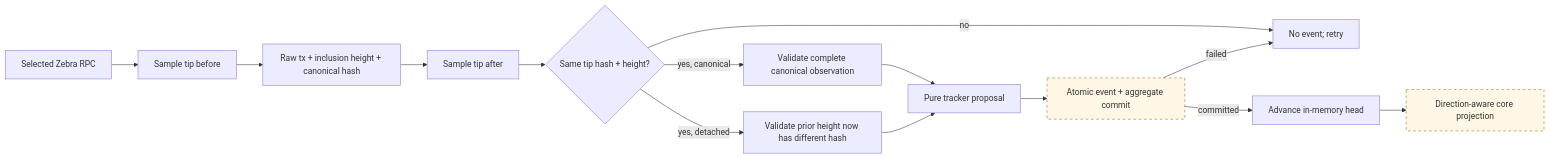
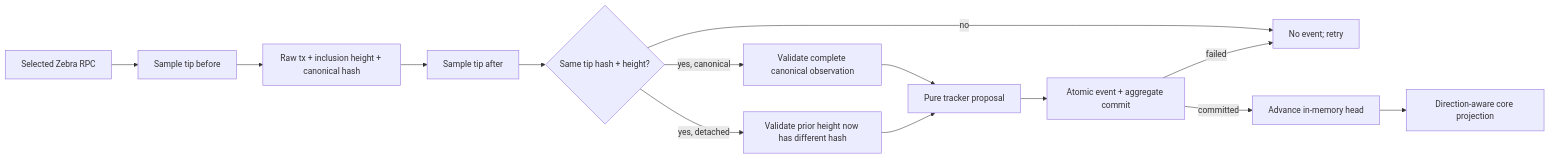
One commit to gateway-fm/lez-atomic-swaps changed the first of 2 diagrams in docs/architecture/0015-durable-zcash-observation-reconciliation.md. Above: the diagram before and after it, drawn with Mermaid. The commit also changed other lines of this file and 12 other files, not shown here.

````diff
--- a/docs/architecture/0015-durable-zcash-observation-reconciliation.md
+++ b/docs/architecture/0015-durable-zcash-observation-reconciliation.md
@@ -47,19 +49,17 @@
 ```mermaid
 flowchart LR
     Zebra["Selected Zebra RPC"] --> Before["Sample tip before"]
     Before --> Queries["Raw tx + inclusion height + canonical hash"]
     Queries --> After["Sample tip after"]
     After --> Stable{"Same tip hash + height?"}
     Stable -->|"no"| Retry["No event; retry"]
     Stable -->|"yes, canonical"| Positive["Validate complete canonical observation"]
     Stable -->|"yes, detached"| Negative["Validate prior height now has different hash"]
     Positive --> Propose["Pure tracker proposal"]
     Negative --> Propose
     Propose --> Commit["Atomic event + aggregate commit"]
     Commit -->|"failed"| Retry
     Commit -->|"committed"| Apply["Advance in-memory head"]
     Apply --> Core["Direction-aware core projection"]
 
-    classDef pending stroke-dasharray: 5 5,fill:#fff7e6,stroke:#9a6700;
-    class Commit,Core pending;
 ```
````
